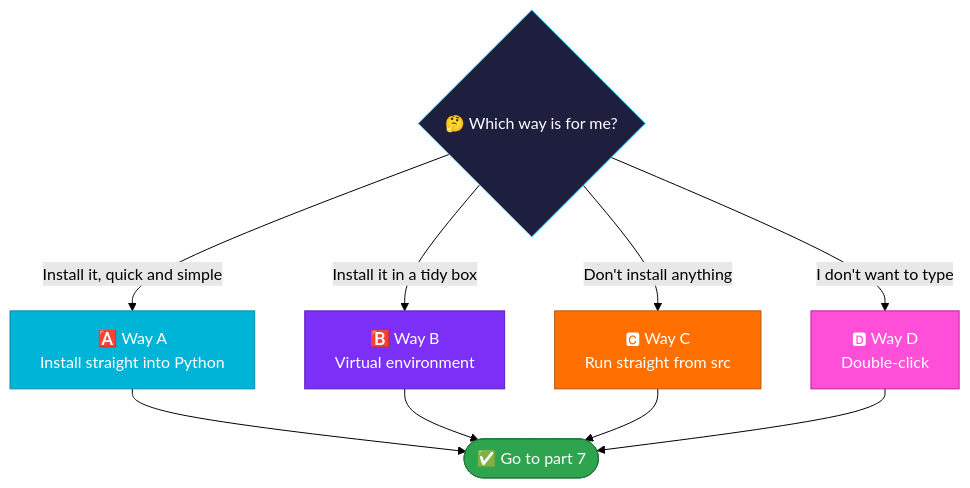
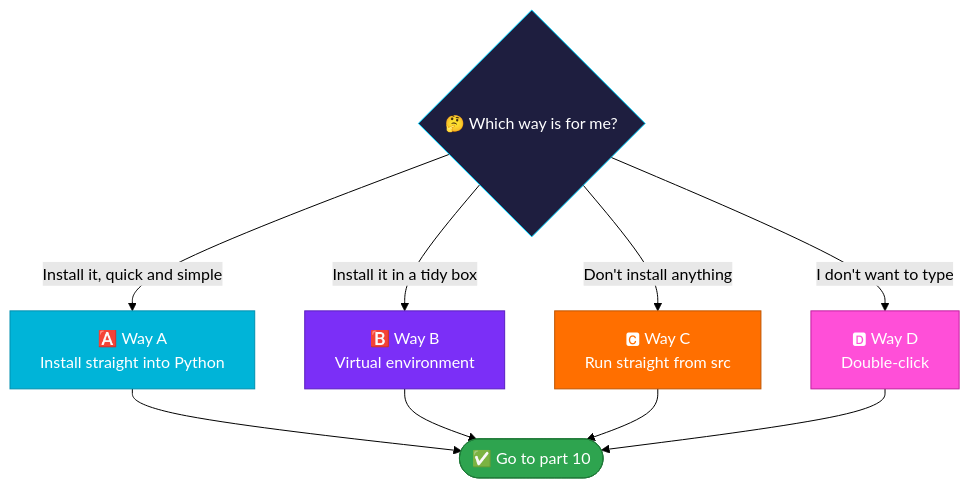
One commit to gcfernando/python_codes changed the third of 5 diagrams in 8D/README.md. Above: the diagram before and after it, drawn with Mermaid (forest theme). The commit also changed other lines of this file, not shown here.

First line of the commit message:
Rewrite README for non-technical readers with a clearer learning flow

````diff
--- a/8D/README.md
+++ b/8D/README.md
@@ -500,19 +554,19 @@
 ```mermaid
 flowchart TD
     Q{"🤔 Which way is for me?"}:::q
     Q -- "Install it, quick and simple" --> A["🅰️ Way A<br/>Install straight into Python"]:::a
     Q -- "Install it in a tidy box" --> B["🅱️ Way B<br/>Virtual environment"]:::b
     Q -- "Don't install anything" --> C["🅲 Way C<br/>Run straight from src"]:::c
     Q -- "I don't want to type" --> D["🅳 Way D<br/>Double-click"]:::d
-    A --> OK(["✅ Go to part 7"]):::ok
+    A --> OK(["✅ Go to part 10"]):::ok
     B --> OK
     C --> OK
     D --> OK
 
     classDef q fill:#1e1e3f,stroke:#00d4ff,color:#fff
     classDef a fill:#00b4d8,stroke:#0090b0,color:#fff
     classDef b fill:#7b2ff7,stroke:#5a1fc0,color:#fff
     classDef c fill:#ff6f00,stroke:#c05500,color:#fff
     classDef d fill:#ff4fd8,stroke:#c0209f,color:#fff
     classDef ok fill:#2ea44f,stroke:#1f7a38,color:#fff
 ```
````
